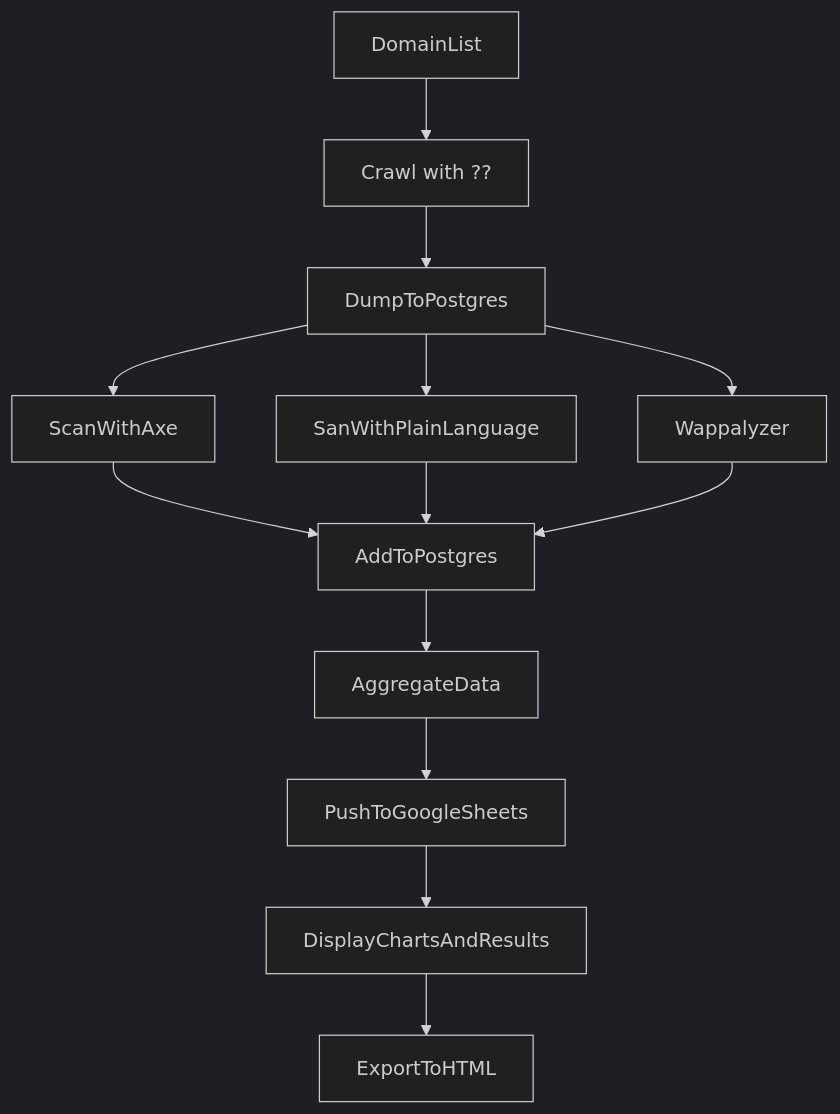
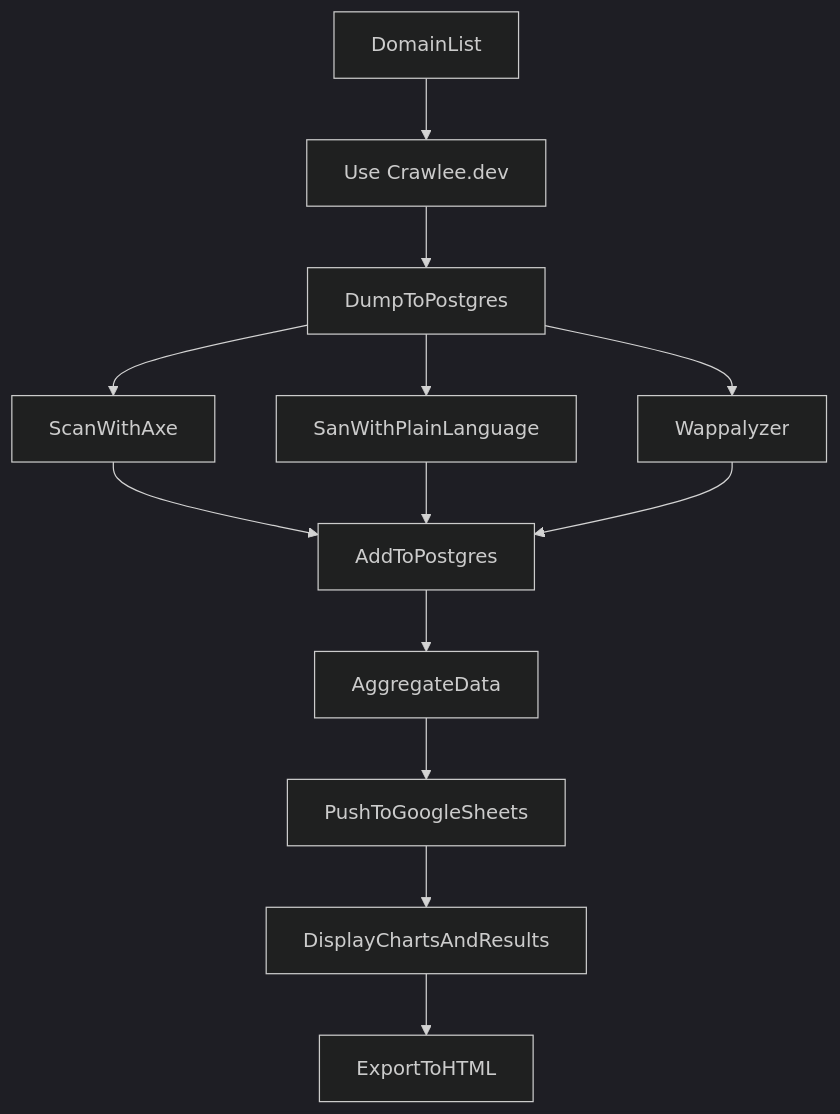
Before and after one commit to mgifford/mermaid-graphs: the first of 2 diagrams in a11y-data-crawls.md, drawn with Mermaid (dark theme).

Commit message:
Update for crawlee

````diff
--- a/a11y-data-crawls.md
+++ b/a11y-data-crawls.md
@@ -5,15 +5,15 @@
 ```mermaid
 graph TD
     DomainList-->Crawl4URLs;
-    Crawl4URLs[Crawl with ??]-->DumpToPostgres;
+    Crawl4URLs[Use Crawlee.dev]-->DumpToPostgres;
     DumpToPostgres-->ScanWithAxe;
     DumpToPostgres-->SanWithPlainLanguage;
     DumpToPostgres--> Wappalyzer;
     ScanWithAxe-->AddToPostgres;
     SanWithPlainLanguage-->AddToPostgres;
     Wappalyzer-->AddToPostgres;
     AddToPostgres-->AggregateData
     AggregateData-->PushToGoogleSheets;
     PushToGoogleSheets-->DisplayChartsAndResults;
     DisplayChartsAndResults-->ExportToHTML;
 ```
````
